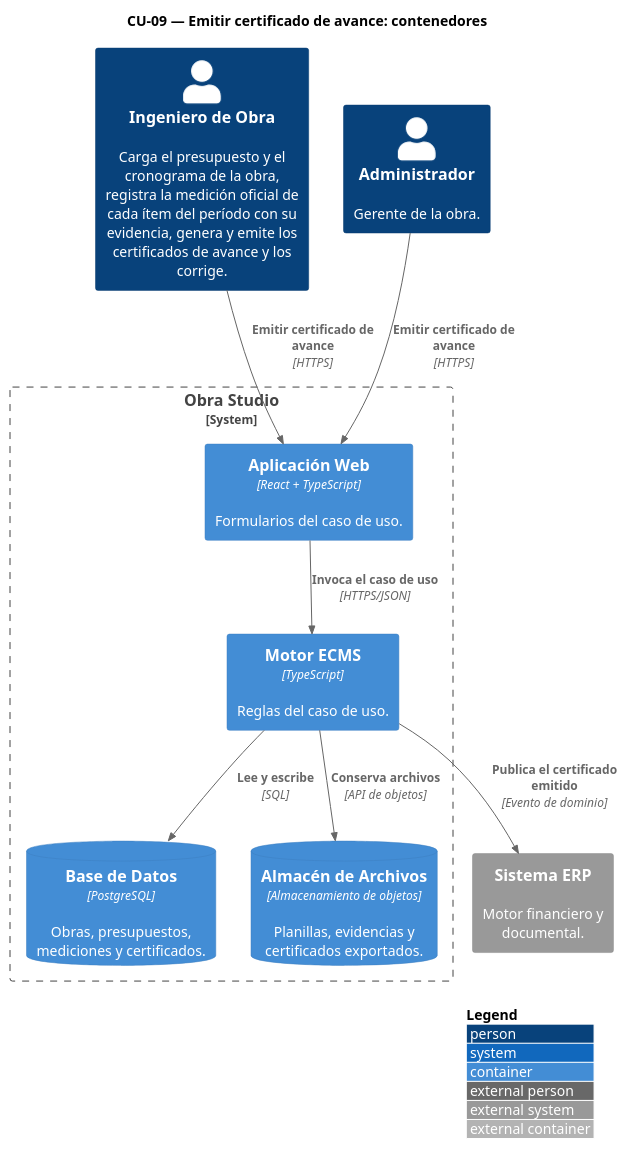
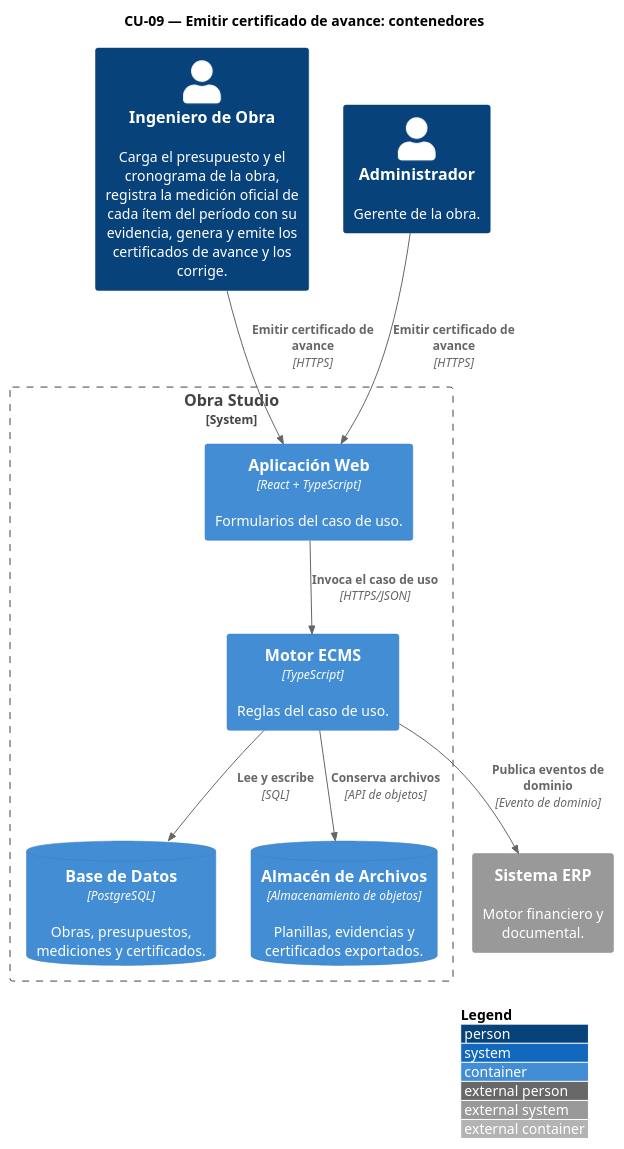
The diagram in modelo/c4/C4-CU09-contenedores.puml (Ssrrb/TPF-teoria), drawn with PlantUML before and after one commit. The commit also changed 248 other files, not shown here.

```diff
--- a/modelo/c4/C4-CU09-contenedores.puml
+++ b/modelo/c4/C4-CU09-contenedores.puml
@@ -1,22 +1,22 @@
 @startuml
 !include <C4/C4_Container>
 LAYOUT_WITH_LEGEND()
 title CU-09 — Emitir certificado de avance: contenedores
 
 Person(ING, "Ingeniero de Obra", "Carga el presupuesto y el cronograma de la obra, registra la medición oficial de cada ítem del período con su evidencia, genera y emite los certificados de avance y los corrige.")
 Person(ADM, "Administrador", "Gerente de la obra.")
 System_Boundary(obra, "Obra Studio") {
   Container(web, "Aplicación Web", "React + TypeScript", "Formularios del caso de uso.")
   Container(ecms, "Motor ECMS", "TypeScript", "Reglas del caso de uso.")
   ContainerDb(bd, "Base de Datos", "PostgreSQL", "Obras, presupuestos, mediciones y certificados.")
   ContainerDb(archivos, "Almacén de Archivos", "Almacenamiento de objetos", "Planillas, evidencias y certificados exportados.")
 }
 System_Ext(erp, "Sistema ERP", "Motor financiero y documental.")
 
 Rel(ING, web, "Emitir certificado de avance", "HTTPS")
 Rel(ADM, web, "Emitir certificado de avance", "HTTPS")
 Rel(web, ecms, "Invoca el caso de uso", "HTTPS/JSON")
 Rel(ecms, bd, "Lee y escribe", "SQL")
 Rel(ecms, archivos, "Conserva archivos", "API de objetos")
-Rel(ecms, erp, "Publica el certificado emitido", "Evento de dominio")
+Rel(ecms, erp, "Publica eventos de dominio", "Evento de dominio")
 @enduml
```
